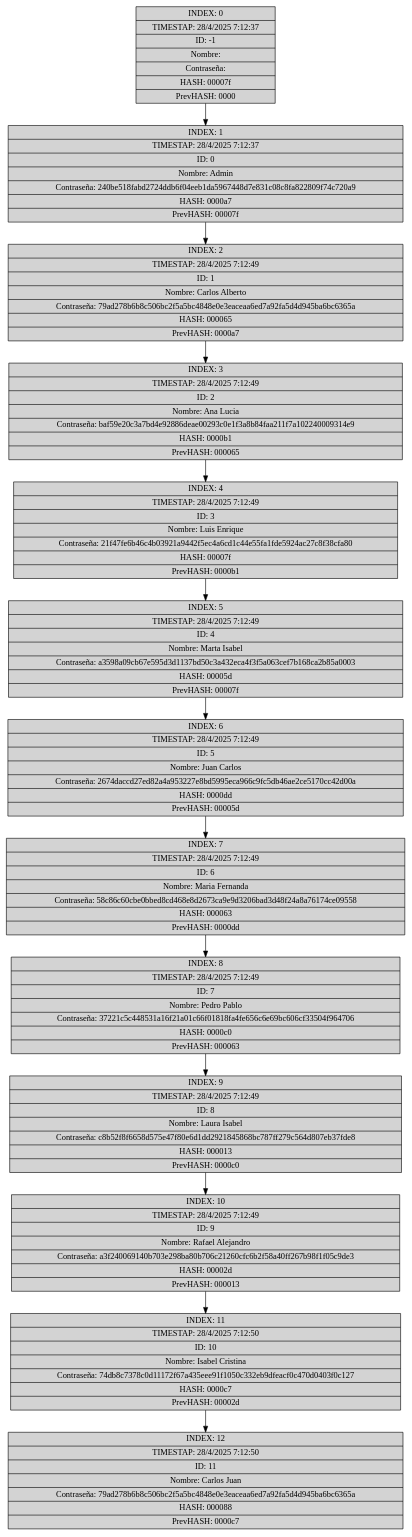
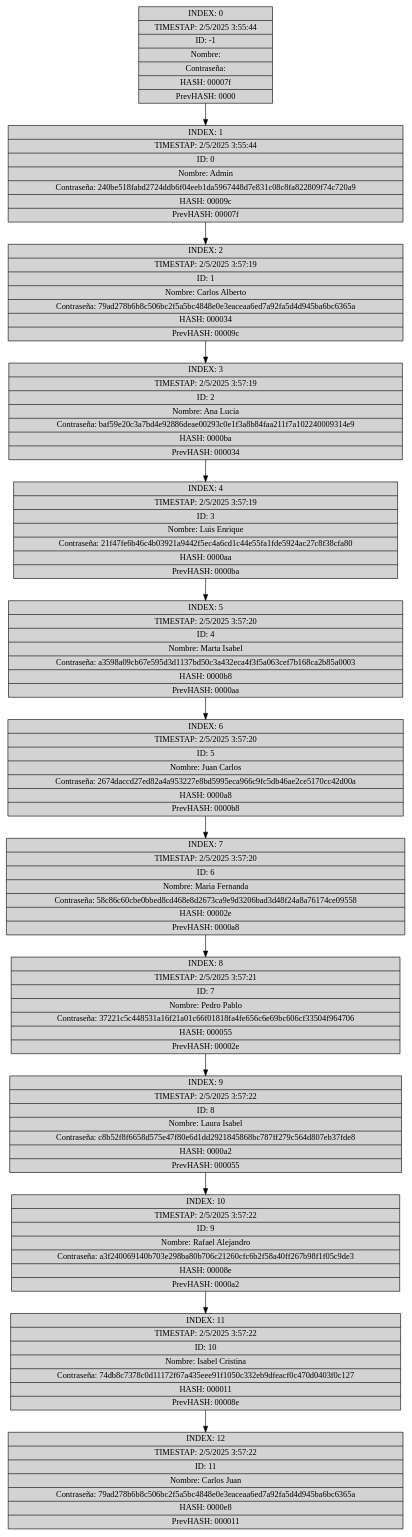
Before and after one commit to Rodrigo-1504/-EDD-1S2025_202202854: the diagram in Proyecto-Fase 3/Reportes/Block Chain.dot, drawn with Graphviz. The commit also changed 54 other files, not shown here.

```diff
--- a/Proyecto-Fase 3/Reportes/Block Chain.dot
+++ b/Proyecto-Fase 3/Reportes/Block Chain.dot
@@ -1,28 +1,28 @@
 digraph {
 	node[shape=record, style=filled];
-	Block0 [label="{ INDEX: 12 | TIMESTAP: 28/4/2025 7:12:50 | ID: 11 | Nombre: Carlos Juan | Contraseña: 79ad278b6b8c506bc2f5a5bc4848e0e3eaceaa6ed7a92fa5d4d945ba6bc6365a | HASH: 000088 | PrevHASH: 0000c7 }"]
-;	Block1 [label="{ INDEX: 11 | TIMESTAP: 28/4/2025 7:12:50 | ID: 10 | Nombre: Isabel Cristina | Contraseña: 74db8c7378c0d11172f67a435eee91f1050c332eb9dfeacf0c470d0403f0c127 | HASH: 0000c7 | PrevHASH: 00002d }"]
+	Block0 [label="{ INDEX: 12 | TIMESTAP: 2/5/2025 3:57:22 | ID: 11 | Nombre: Carlos Juan | Contraseña: 79ad278b6b8c506bc2f5a5bc4848e0e3eaceaa6ed7a92fa5d4d945ba6bc6365a | HASH: 0000e8 | PrevHASH: 000011 }"]
+;	Block1 [label="{ INDEX: 11 | TIMESTAP: 2/5/2025 3:57:22 | ID: 10 | Nombre: Isabel Cristina | Contraseña: 74db8c7378c0d11172f67a435eee91f1050c332eb9dfeacf0c470d0403f0c127 | HASH: 000011 | PrevHASH: 00008e }"]
 ;	Block1 -> Block0;
-	Block2 [label="{ INDEX: 10 | TIMESTAP: 28/4/2025 7:12:49 | ID: 9 | Nombre: Rafael Alejandro | Contraseña: a3f240069140b703e298ba80b706c21260cfc6b2f58a40ff267b98f1f05c9de3 | HASH: 00002d | PrevHASH: 000013 }"]
+	Block2 [label="{ INDEX: 10 | TIMESTAP: 2/5/2025 3:57:22 | ID: 9 | Nombre: Rafael Alejandro | Contraseña: a3f240069140b703e298ba80b706c21260cfc6b2f58a40ff267b98f1f05c9de3 | HASH: 00008e | PrevHASH: 0000a2 }"]
 ;	Block2 -> Block1;
-	Block3 [label="{ INDEX: 9 | TIMESTAP: 28/4/2025 7:12:49 | ID: 8 | Nombre: Laura Isabel | Contraseña: c8b52f8f6658d575e47f80e6d1dd2921845868bc787ff279c564d807eb37fde8 | HASH: 000013 | PrevHASH: 0000c0 }"]
+	Block3 [label="{ INDEX: 9 | TIMESTAP: 2/5/2025 3:57:22 | ID: 8 | Nombre: Laura Isabel | Contraseña: c8b52f8f6658d575e47f80e6d1dd2921845868bc787ff279c564d807eb37fde8 | HASH: 0000a2 | PrevHASH: 000055 }"]
 ;	Block3 -> Block2;
-	Block4 [label="{ INDEX: 8 | TIMESTAP: 28/4/2025 7:12:49 | ID: 7 | Nombre: Pedro Pablo | Contraseña: 37221c5c448531a16f21a01c66f01818fa4fe656c6e69bc606cf33504f964706 | HASH: 0000c0 | PrevHASH: 000063 }"]
+	Block4 [label="{ INDEX: 8 | TIMESTAP: 2/5/2025 3:57:21 | ID: 7 | Nombre: Pedro Pablo | Contraseña: 37221c5c448531a16f21a01c66f01818fa4fe656c6e69bc606cf33504f964706 | HASH: 000055 | PrevHASH: 00002e }"]
 ;	Block4 -> Block3;
-	Block5 [label="{ INDEX: 7 | TIMESTAP: 28/4/2025 7:12:49 | ID: 6 | Nombre: Maria Fernanda | Contraseña: 58c86c60cbe0bbed8cd468e8d2673ca9e9d3206bad3d48f24a8a76174ce09558 | HASH: 000063 | PrevHASH: 0000dd }"]
+	Block5 [label="{ INDEX: 7 | TIMESTAP: 2/5/2025 3:57:20 | ID: 6 | Nombre: Maria Fernanda | Contraseña: 58c86c60cbe0bbed8cd468e8d2673ca9e9d3206bad3d48f24a8a76174ce09558 | HASH: 00002e | PrevHASH: 0000a8 }"]
 ;	Block5 -> Block4;
-	Block6 [label="{ INDEX: 6 | TIMESTAP: 28/4/2025 7:12:49 | ID: 5 | Nombre: Juan Carlos | Contraseña: 2674daccd27ed82a4a953227e8bd5995eca966c9fc5db46ae2ce5170cc42d00a | HASH: 0000dd | PrevHASH: 00005d }"]
+	Block6 [label="{ INDEX: 6 | TIMESTAP: 2/5/2025 3:57:20 | ID: 5 | Nombre: Juan Carlos | Contraseña: 2674daccd27ed82a4a953227e8bd5995eca966c9fc5db46ae2ce5170cc42d00a | HASH: 0000a8 | PrevHASH: 0000b8 }"]
 ;	Block6 -> Block5;
-	Block7 [label="{ INDEX: 5 | TIMESTAP: 28/4/2025 7:12:49 | ID: 4 | Nombre: Marta Isabel | Contraseña: a3598a09cb67e595d3d1137bd50c3a432eca4f3f5a063cef7b168ca2b85a0003 | HASH: 00005d | PrevHASH: 00007f }"]
+	Block7 [label="{ INDEX: 5 | TIMESTAP: 2/5/2025 3:57:20 | ID: 4 | Nombre: Marta Isabel | Contraseña: a3598a09cb67e595d3d1137bd50c3a432eca4f3f5a063cef7b168ca2b85a0003 | HASH: 0000b8 | PrevHASH: 0000aa }"]
 ;	Block7 -> Block6;
-	Block8 [label="{ INDEX: 4 | TIMESTAP: 28/4/2025 7:12:49 | ID: 3 | Nombre: Luis Enrique | Contraseña: 21f47fe6b46c4b03921a9442f5ec4a6cd1c44e55fa1fde5924ac27c8f38cfa80 | HASH: 00007f | PrevHASH: 0000b1 }"]
+	Block8 [label="{ INDEX: 4 | TIMESTAP: 2/5/2025 3:57:19 | ID: 3 | Nombre: Luis Enrique | Contraseña: 21f47fe6b46c4b03921a9442f5ec4a6cd1c44e55fa1fde5924ac27c8f38cfa80 | HASH: 0000aa | PrevHASH: 0000ba }"]
 ;	Block8 -> Block7;
-	Block9 [label="{ INDEX: 3 | TIMESTAP: 28/4/2025 7:12:49 | ID: 2 | Nombre: Ana Lucia | Contraseña: baf59e20c3a7bd4e92886deae00293c0e1f3a8b84faa211f7a102240009314e9 | HASH: 0000b1 | PrevHASH: 000065 }"]
+	Block9 [label="{ INDEX: 3 | TIMESTAP: 2/5/2025 3:57:19 | ID: 2 | Nombre: Ana Lucia | Contraseña: baf59e20c3a7bd4e92886deae00293c0e1f3a8b84faa211f7a102240009314e9 | HASH: 0000ba | PrevHASH: 000034 }"]
 ;	Block9 -> Block8;
-	Block10 [label="{ INDEX: 2 | TIMESTAP: 28/4/2025 7:12:49 | ID: 1 | Nombre: Carlos Alberto | Contraseña: 79ad278b6b8c506bc2f5a5bc4848e0e3eaceaa6ed7a92fa5d4d945ba6bc6365a | HASH: 000065 | PrevHASH: 0000a7 }"]
+	Block10 [label="{ INDEX: 2 | TIMESTAP: 2/5/2025 3:57:19 | ID: 1 | Nombre: Carlos Alberto | Contraseña: 79ad278b6b8c506bc2f5a5bc4848e0e3eaceaa6ed7a92fa5d4d945ba6bc6365a | HASH: 000034 | PrevHASH: 00009c }"]
 ;	Block10 -> Block9;
-	Block11 [label="{ INDEX: 1 | TIMESTAP: 28/4/2025 7:12:37 | ID: 0 | Nombre: Admin | Contraseña: 240be518fabd2724ddb6f04eeb1da5967448d7e831c08c8fa822809f74c720a9 | HASH: 0000a7 | PrevHASH: 00007f }"]
+	Block11 [label="{ INDEX: 1 | TIMESTAP: 2/5/2025 3:55:44 | ID: 0 | Nombre: Admin | Contraseña: 240be518fabd2724ddb6f04eeb1da5967448d7e831c08c8fa822809f74c720a9 | HASH: 00009c | PrevHASH: 00007f }"]
 ;	Block11 -> Block10;
-	Block12 [label="{ INDEX: 0 | TIMESTAP: 28/4/2025 7:12:37 | ID: -1 | Nombre:  | Contraseña:  | HASH: 00007f | PrevHASH: 0000 }"]
+	Block12 [label="{ INDEX: 0 | TIMESTAP: 2/5/2025 3:55:44 | ID: -1 | Nombre:  | Contraseña:  | HASH: 00007f | PrevHASH: 0000 }"]
 ;	Block12 -> Block11;
 }
```
